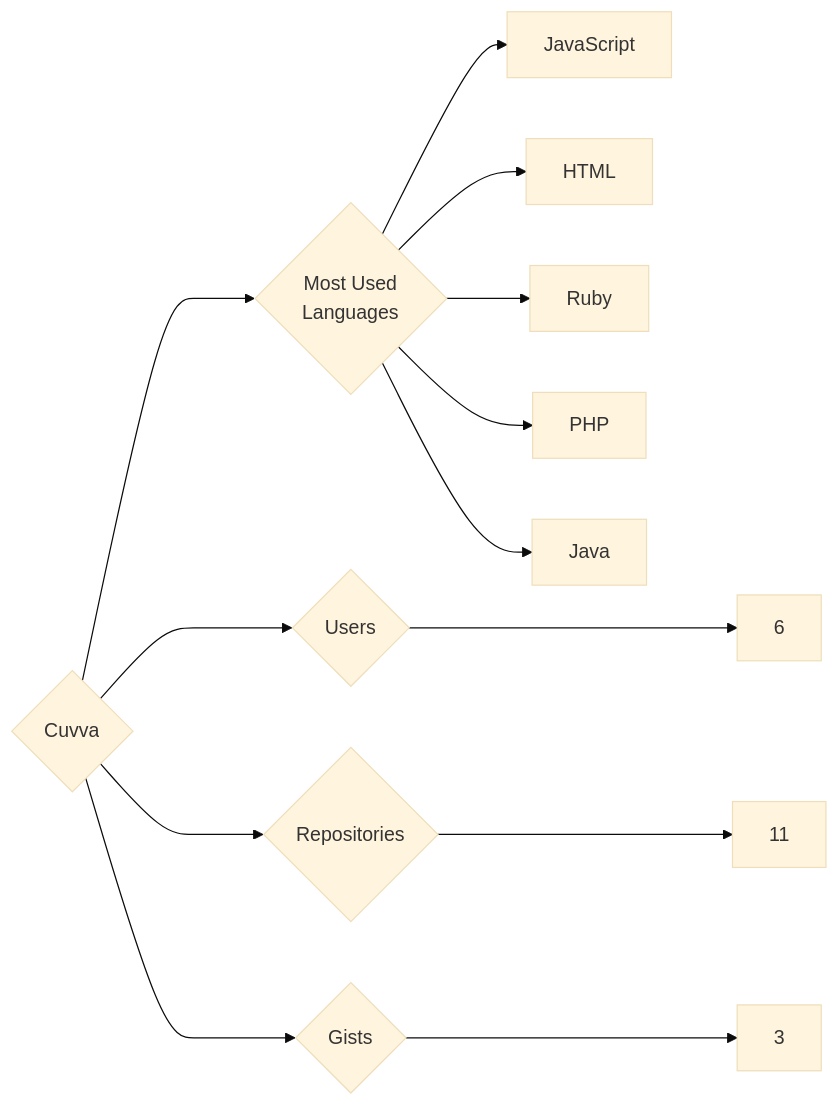
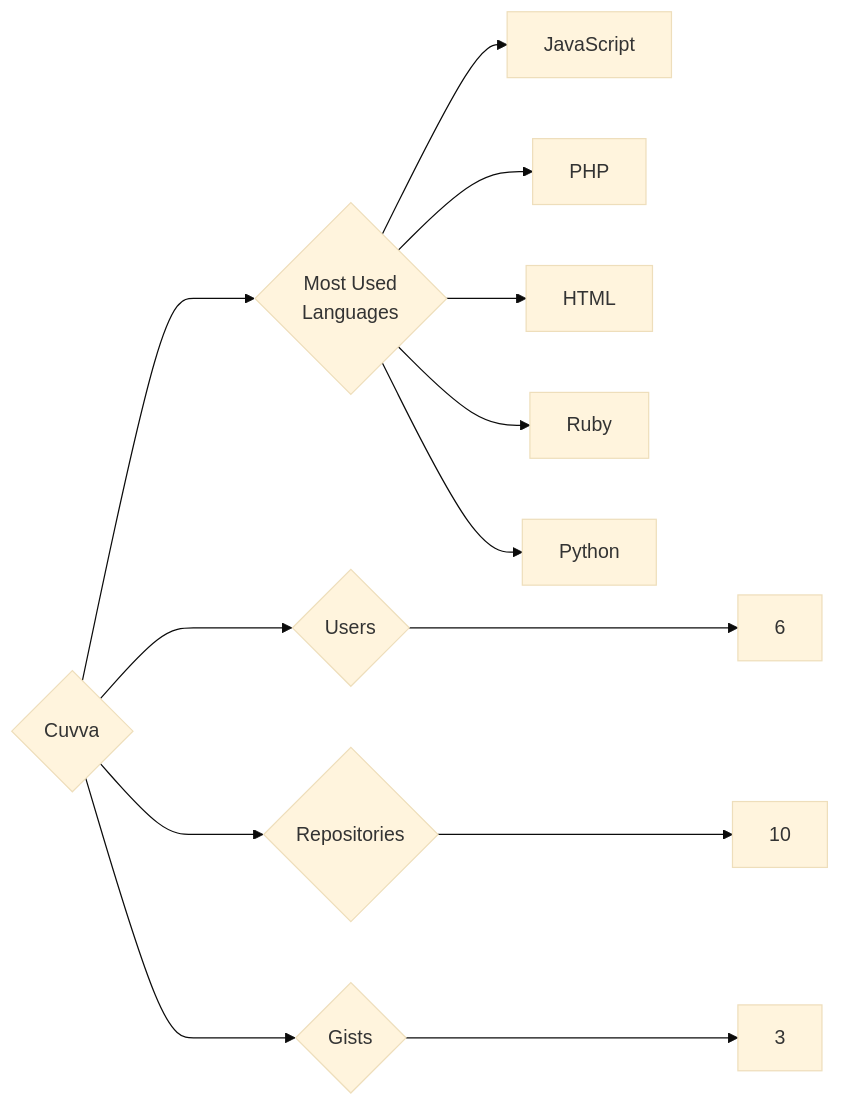
One commit to trickest/insiders changed the diagram in targets/Cuvva/README.md. Above: the diagram before and after it, drawn with Mermaid (base theme). The commit also changed 985 other files, not shown here.

````diff
--- a/targets/Cuvva/README.md
+++ b/targets/Cuvva/README.md
@@ -3,13 +3,13 @@
 ```mermaid
 graph LR
 COMPANY_NAME{Cuvva}
 COMPANY_NAME ---> U{Users} ---> UN[6]
-COMPANY_NAME ---> R{Repositories} ---> RN[11]
+COMPANY_NAME ---> R{Repositories} ---> RN[10]
 COMPANY_NAME ---> G{Gists} ---> GN[3]
 COMPANY_NAME ---> ML{Most Used<br>Languages}
 ML --> JavaScript[JavaScript]
+ML --> PHP[PHP]
 ML --> HTML[HTML]
 ML --> Ruby[Ruby]
-ML --> PHP[PHP]
-ML --> Java[Java]
+ML --> Python[Python]
 ```
````
